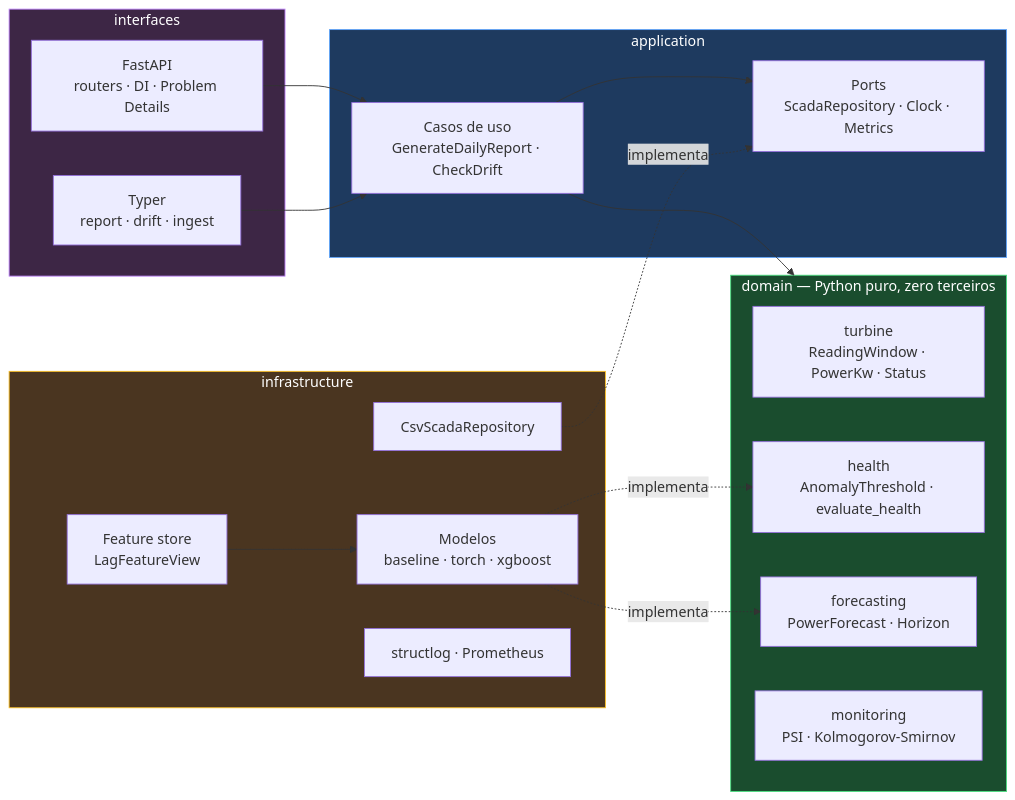
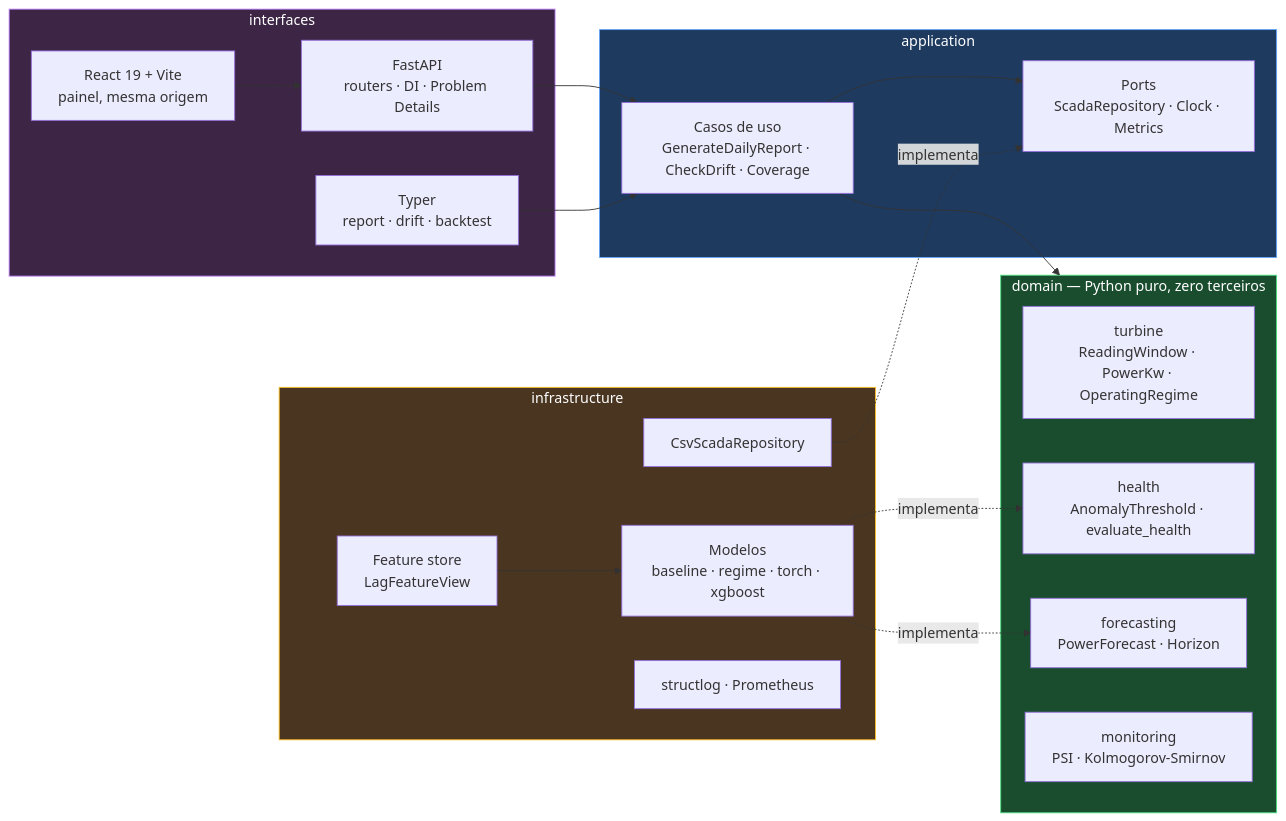
One commit to BayesTheory/Eolica-Scada-Test changed the diagram in README.md. Above: the diagram before and after it, drawn with Mermaid. The commit also changed other lines of this file and 21 other files, not shown here.

````diff
--- a/README.md
+++ b/README.md
@@ -36,40 +37,42 @@
 ```mermaid
 flowchart LR
     subgraph interfaces["interfaces"]
         API["FastAPI<br/>routers · DI · Problem Details"]
-        CLI["Typer<br/>report · drift · ingest"]
+        CLI["Typer<br/>report · drift · backtest"]
+        WEB["React 19 + Vite<br/>painel, mesma origem"]
     end
 
     subgraph application["application"]
-        UC["Casos de uso<br/>GenerateDailyReport · CheckDrift"]
+        UC["Casos de uso<br/>GenerateDailyReport · CheckDrift · Coverage"]
         P1["Ports<br/>ScadaRepository · Clock · Metrics"]
     end
 
     subgraph domain["domain — Python puro, zero terceiros"]
-        T["turbine<br/>ReadingWindow · PowerKw · Status"]
+        T["turbine<br/>ReadingWindow · PowerKw · OperatingRegime"]
         H["health<br/>AnomalyThreshold · evaluate_health"]
         F["forecasting<br/>PowerForecast · Horizon"]
         M["monitoring<br/>PSI · Kolmogorov-Smirnov"]
     end
 
     subgraph infrastructure["infrastructure"]
         REPO["CsvScadaRepository"]
         FS["Feature store<br/>LagFeatureView"]
-        ML["Modelos<br/>baseline · torch · xgboost"]
+        ML["Modelos<br/>baseline · regime · torch · xgboost"]
         OBS["structlog · Prometheus"]
     end
 
+    WEB --> API
     API --> UC
     CLI --> UC
     UC --> P1
     UC --> domain
     REPO -.implementa.-> P1
     ML -.implementa.-> H
     ML -.implementa.-> F
     FS --> ML
 
     style domain fill:#1a4d2e,stroke:#4ade80,color:#fff
     style application fill:#1e3a5f,stroke:#60a5fa,color:#fff
     style infrastructure fill:#4a3520,stroke:#fbbf24,color:#fff
     style interfaces fill:#3d2645,stroke:#c084fc,color:#fff
 ```
````
